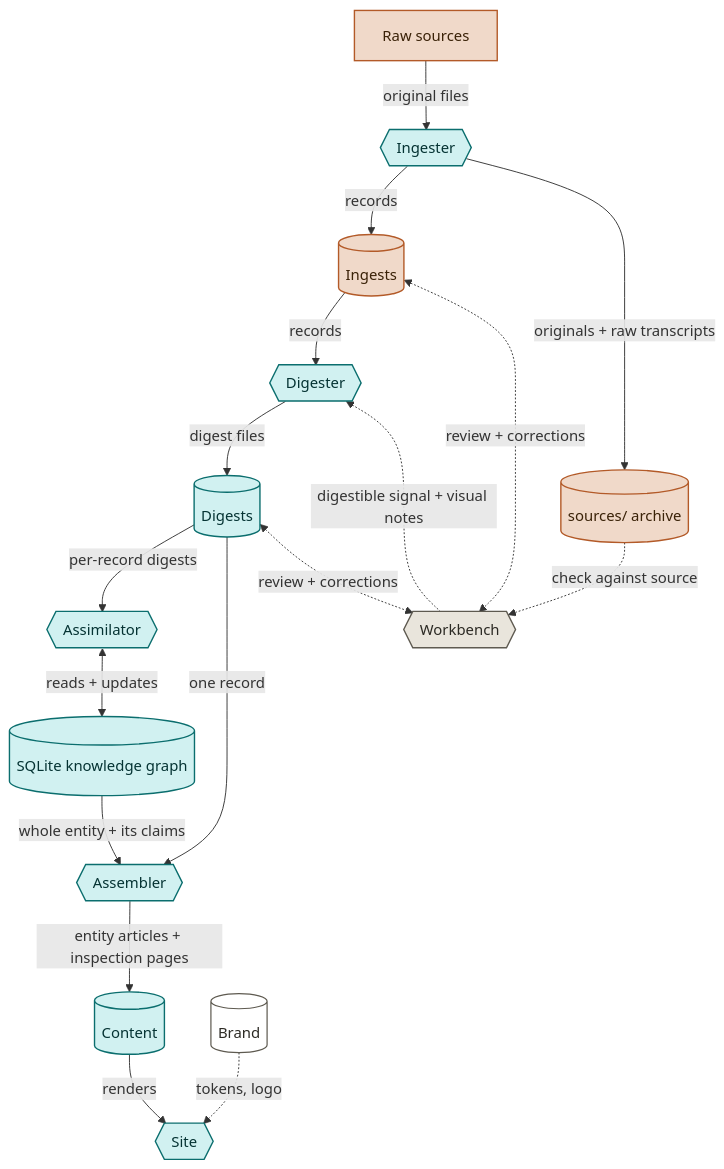
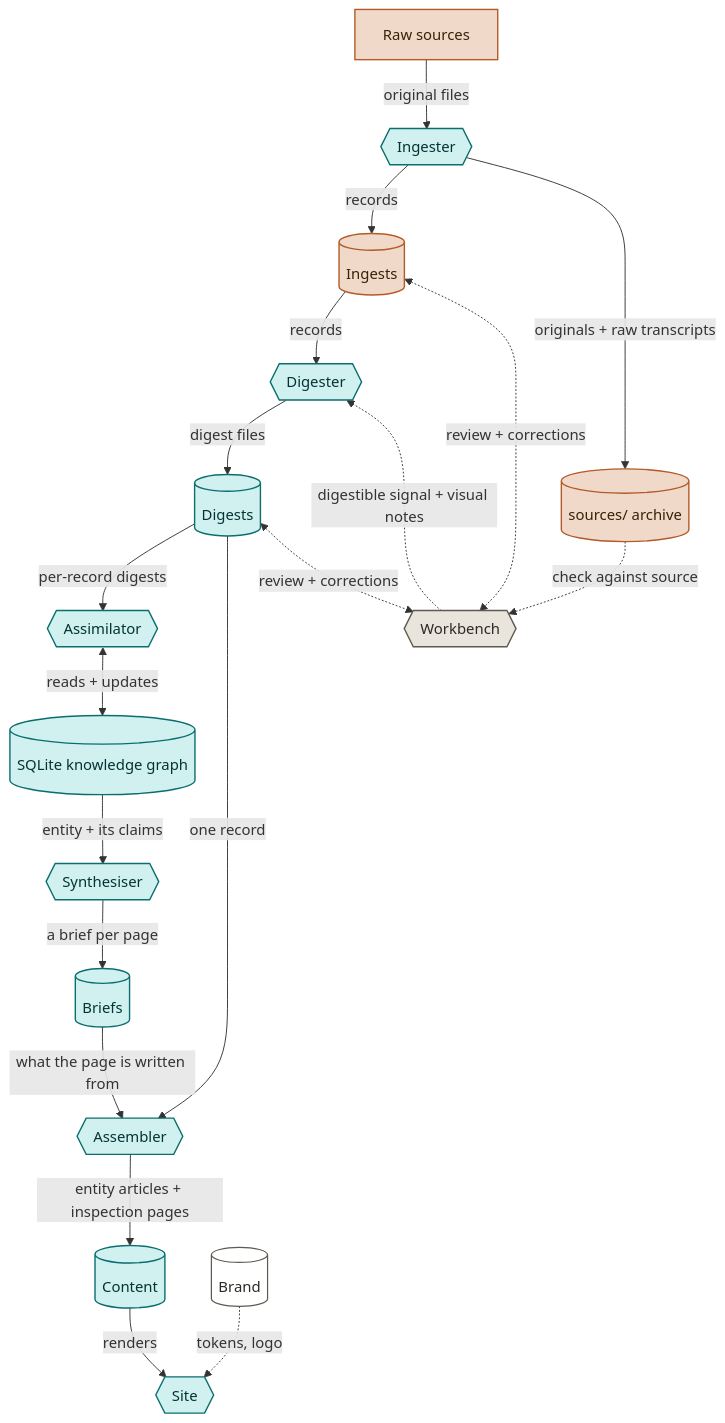
The diagram in assets/architecture/pipeline.mmd (anomalica/site), drawn with Mermaid before and after one commit. The commit also changed 1 other file, not shown here.

Commit message:
feat(architecture): add the synthesise stage to the data-flow pipeline
Per ADR 0036 / overview.md, a synthesise stage now sits between assimilate
and assemble: ingest -> digest -> assimilate -> synthesise -> assemble. Adds
a Synthesiser component and a Briefs store, rewires kg -> synthesiser ->
briefs -> assembler (the assembler no longer reads the graph directly - the
brief is its input for an article), and keeps the digests -> assembler edge
for per-record inspection pages. Updates the now-stale kg and assembler panel
copy to match, and adds synthesiser/briefs copy to architecture.yaml.

```diff
--- a/assets/architecture/pipeline.mmd
+++ b/assets/architecture/pipeline.mmd
@@ -1,50 +1,56 @@
 flowchart TB
   classDef src fill:#F0D9C9,stroke:#B35A28,stroke-width:1.5px,color:#3a2208;
   classDef pub fill:#D1F1F1,stroke:#0B6E6E,stroke-width:1.5px,color:#053333;
   classDef rev fill:#E9E5DC,stroke:#5E5A50,stroke-width:1.5px,color:#2c2a24;
   classDef store fill:#ffffff,stroke:#5E5A50,stroke-width:1.3px,color:#2c2a24;
 
   raw["Raw sources"]:::src
   ingester{{"Ingester"}}:::pub
   ingests[("Ingests")]:::src
   archive[("sources/ archive")]:::src
   workbench{{"Workbench"}}:::rev
   digester{{"Digester"}}:::pub
   digests[("Digests")]:::pub
   assimilator{{"Assimilator"}}:::pub
   kg[("SQLite knowledge graph")]:::pub
+  synthesiser{{"Synthesiser"}}:::pub
+  briefs[("Briefs")]:::pub
   assembler{{"Assembler"}}:::pub
   content[("Content")]:::pub
   site{{"Site"}}:::pub
   brand[("Brand")]:::store
 
   raw -->|"original files"| ingester
   ingester -->|"records"| ingests
   ingester -->|"originals + raw transcripts"| archive
   ingests -->|"records"| digester
   digester -->|"digest files"| digests
   digests -->|"per-record digests"| assimilator
   assimilator <-->|"reads + updates"| kg
-  kg -->|"whole entity + its claims"| assembler
+  kg -->|"entity + its claims"| synthesiser
+  synthesiser -->|"a brief per page"| briefs
+  briefs -->|"what the page is written from"| assembler
   digests -->|"one record"| assembler
   assembler -->|"entity articles + inspection pages"| content
   content -->|"renders"| site
   brand -.->|"tokens, logo"| site
   ingests <-.->|"review + corrections"| workbench
   digests <-.->|"review + corrections"| workbench
   archive -.->|"check against source"| workbench
   workbench -.->|"digestible signal + visual notes"| digester
 
   click raw nodeClick
   click ingester nodeClick
   click ingests nodeClick
   click archive nodeClick
   click workbench nodeClick
   click digester nodeClick
   click digests nodeClick
   click assimilator nodeClick
   click kg nodeClick
+  click synthesiser nodeClick
+  click briefs nodeClick
   click assembler nodeClick
   click content nodeClick
   click site nodeClick
   click brand nodeClick
```
